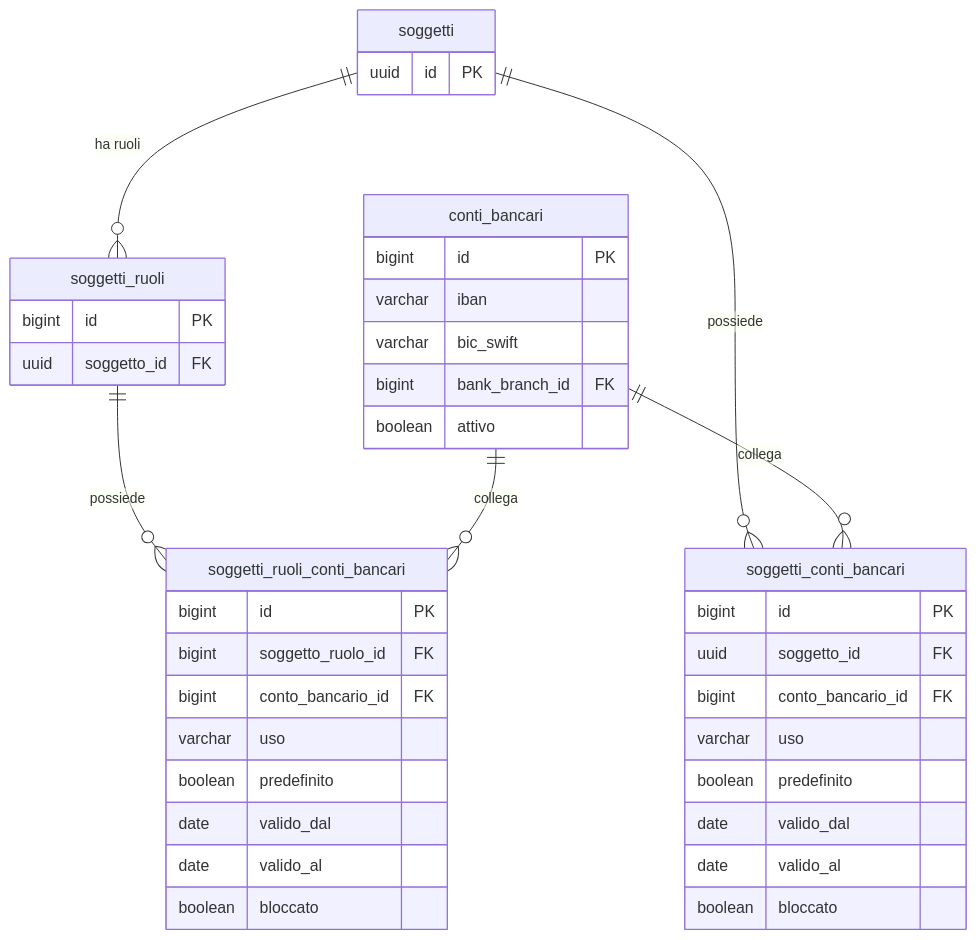
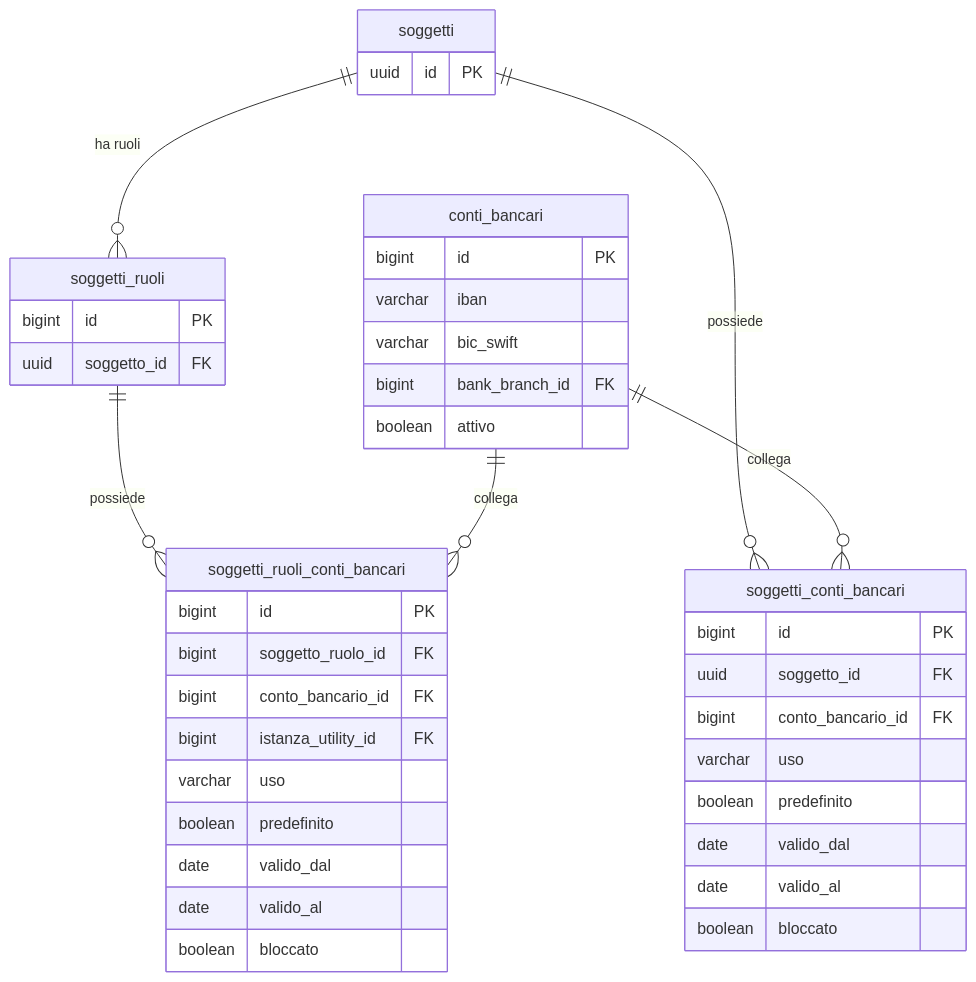
One commit to Tito-it/ZeroErp changed the first of 2 diagrams in docs/it/guide/gestione-conti-bancari.md. Above: the diagram before and after it, drawn with Mermaid. The commit also changed other lines of this file and 72 other files, not shown here.

````diff
--- a/docs/it/guide/gestione-conti-bancari.md
+++ b/docs/it/guide/gestione-conti-bancari.md
@@ -434,47 +362,48 @@
 ```mermaid
 erDiagram
     soggetti {
         uuid id PK
     }
 
     soggetti_ruoli {
         bigint id PK
         uuid soggetto_id FK
     }
 
     conti_bancari {
         bigint id PK
         varchar iban
         varchar bic_swift
         bigint bank_branch_id FK
         boolean attivo
     }
 
     soggetti_conti_bancari {
         bigint id PK
         uuid soggetto_id FK
         bigint conto_bancario_id FK
         varchar uso
         boolean predefinito
         date valido_dal
         date valido_al
         boolean bloccato
     }
 
     soggetti_ruoli_conti_bancari {
         bigint id PK
         bigint soggetto_ruolo_id FK
         bigint conto_bancario_id FK
+        bigint istanza_utility_id FK
         varchar uso
         boolean predefinito
         date valido_dal
         date valido_al
         boolean bloccato
     }
 
     soggetti ||--o{ soggetti_ruoli : "ha ruoli"
     soggetti ||--o{ soggetti_conti_bancari : "possiede"
     conti_bancari ||--o{ soggetti_conti_bancari : "collega"
     soggetti_ruoli ||--o{ soggetti_ruoli_conti_bancari : "possiede"
     conti_bancari ||--o{ soggetti_ruoli_conti_bancari : "collega"
 ```
````
